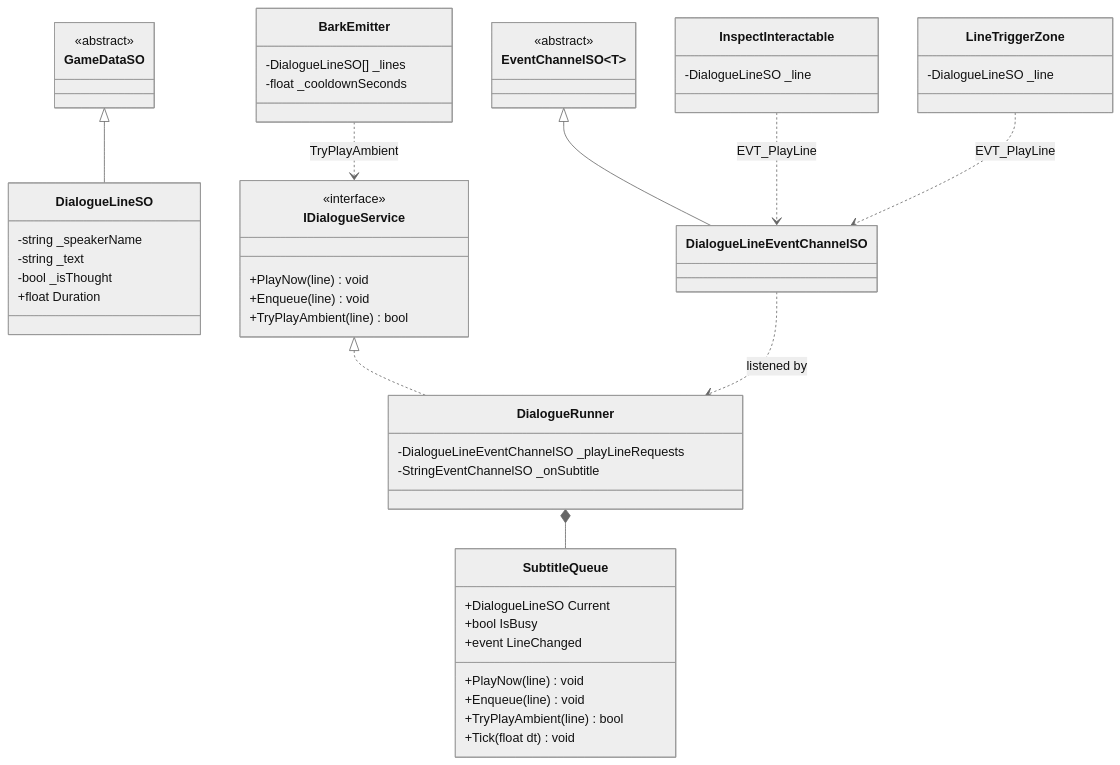
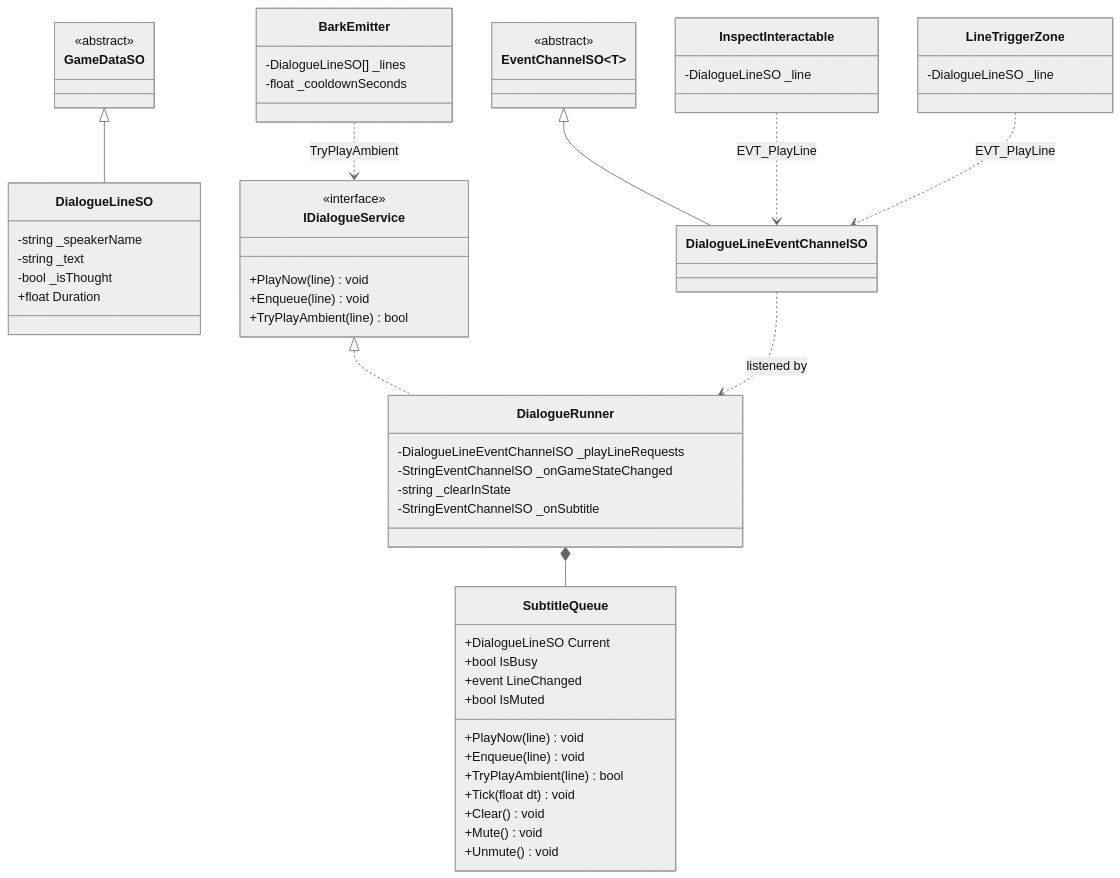
The ninth of 15 diagrams in Docs/P1/CLASS_DIAGRAM.md (Seeiwdum/Hollow-Chains), drawn with Mermaid (neutral theme) before and after one commit. The commit also changed other lines of this file and 4 other files, not shown here.

Commit message:
docs(p6): P6.3 report, test checklist, class diagram, bugs 604/605 fixed

````diff
--- a/Docs/P1/CLASS_DIAGRAM.md
+++ b/Docs/P1/CLASS_DIAGRAM.md
@@ -563,53 +563,59 @@
 ```mermaid
 classDiagram
     class DialogueLineSO {
         -string _speakerName
         -string _text
         -bool _isThought
         +float Duration
     }
     class GameDataSO {
         <<abstract>>
     }
     GameDataSO <|-- DialogueLineSO
     class DialogueLineEventChannelSO
     class EventChannelSO~T~ {
         <<abstract>>
     }
     EventChannelSO~T~ <|-- DialogueLineEventChannelSO
     class SubtitleQueue {
         +DialogueLineSO Current
         +bool IsBusy
         +event LineChanged
         +PlayNow(line) void
         +Enqueue(line) void
         +TryPlayAmbient(line) bool
         +Tick(float dt) void
+        +bool IsMuted
+        +Clear() void
+        +Mute() void
+        +Unmute() void
     }
     class IDialogueService {
         <<interface>>
         +PlayNow(line) void
         +Enqueue(line) void
         +TryPlayAmbient(line) bool
     }
     class DialogueRunner {
         -DialogueLineEventChannelSO _playLineRequests
+        -StringEventChannelSO _onGameStateChanged
+        -string _clearInState
         -StringEventChannelSO _onSubtitle
     }
     IDialogueService <|.. DialogueRunner
     DialogueRunner *-- SubtitleQueue
     class BarkEmitter {
         -DialogueLineSO[] _lines
         -float _cooldownSeconds
     }
     BarkEmitter ..> IDialogueService : TryPlayAmbient
     class InspectInteractable {
         -DialogueLineSO _line
     }
     class LineTriggerZone {
         -DialogueLineSO _line
     }
     InspectInteractable ..> DialogueLineEventChannelSO : EVT_PlayLine
     LineTriggerZone ..> DialogueLineEventChannelSO : EVT_PlayLine
     DialogueLineEventChannelSO ..> DialogueRunner : listened by
 ```
````
